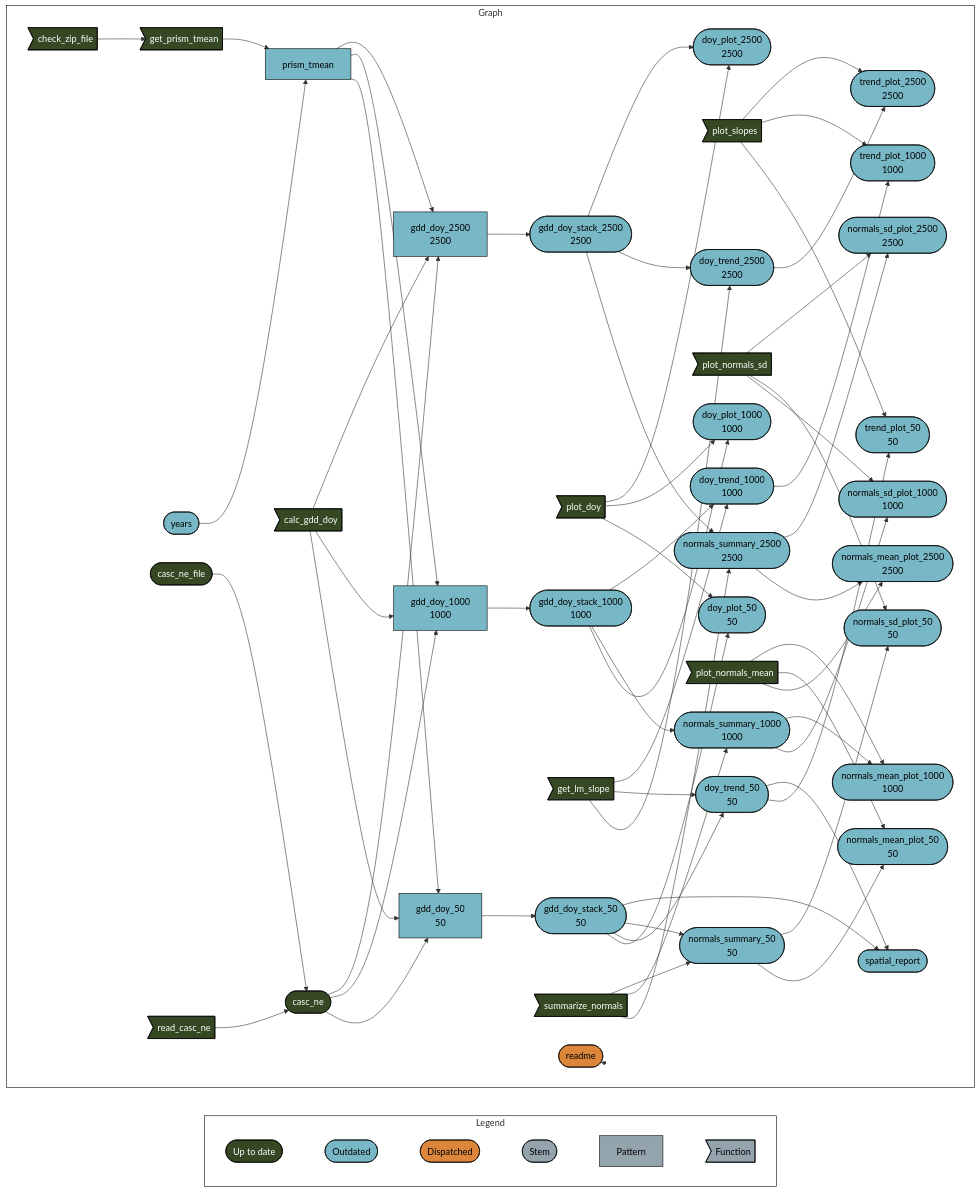
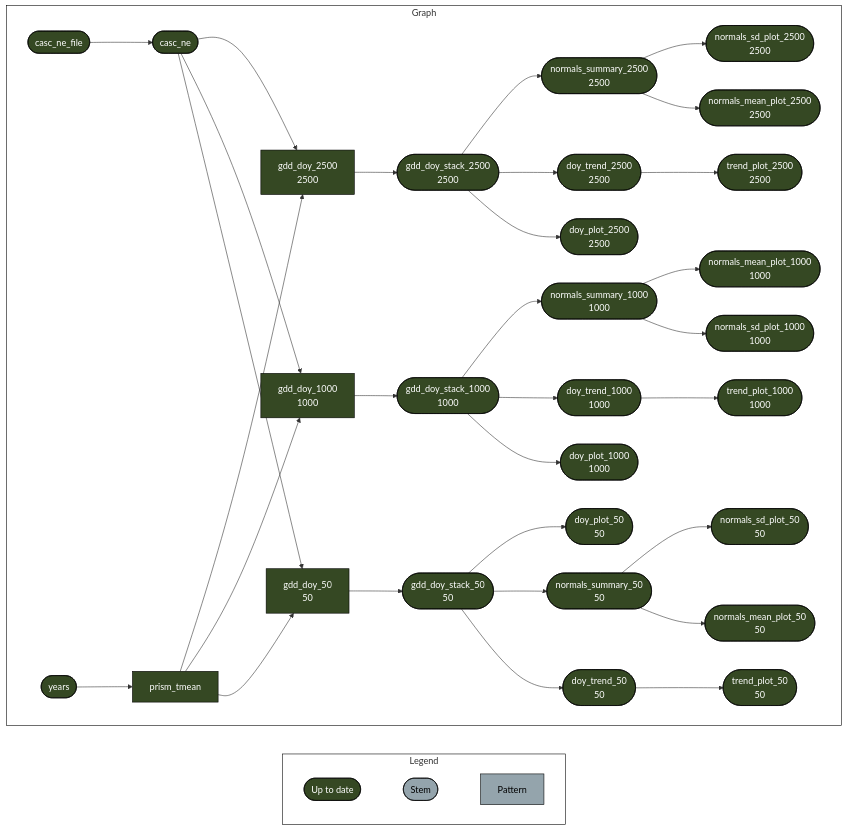
Before and after one commit to usa-npn/thermal-trends: the diagram in README.md, drawn with Mermaid. The commit also changed other lines of this file and 2 other files, not shown here.

Commit message:
update readme (closes #17)

````diff
--- a/README.md
+++ b/README.md
@@ -34,82 +48,46 @@
 ``` mermaid
 graph LR
   style Legend fill:#FFFFFF00,stroke:#000000;
   style Graph fill:#FFFFFF00,stroke:#000000;
   subgraph Legend
     direction LR
-    xf1522833a4d242c5([""Up to date""]):::uptodate --- x2db1ec7a48f65a9b([""Outdated""]):::outdated
-    x2db1ec7a48f65a9b([""Outdated""]):::outdated --- xb6630624a7b3aa0f([""Dispatched""]):::dispatched
-    xb6630624a7b3aa0f([""Dispatched""]):::dispatched --- xd03d7c7dd2ddda2b([""Stem""]):::none
+    xf1522833a4d242c5([""Up to date""]):::uptodate --- xd03d7c7dd2ddda2b([""Stem""]):::none
     xd03d7c7dd2ddda2b([""Stem""]):::none --- x6f7e04ea3427f824[""Pattern""]:::none
-    x6f7e04ea3427f824[""Pattern""]:::none --- xeb2d7cac8a1ce544>""Function""]:::none
   end
   subgraph Graph
     direction LR
-    xab9f05120e038f63>"check_zip_file"]:::uptodate --> x66b13d5a9d20761a>"get_prism_tmean"]:::uptodate
-    xe29a7570fd64b783(["doy_trend_2500<br>2500"]):::outdated --> x4a7371f634a1c6ee(["trend_plot_2500<br>2500"]):::outdated
-    x9c6eebcf51a630b0>"plot_slopes"]:::uptodate --> x4a7371f634a1c6ee(["trend_plot_2500<br>2500"]):::outdated
-    xfdc192d56cd8f9ef(["normals_summary_2500<br>2500"]):::outdated --> x387144ee5a388fce(["normals_sd_plot_2500<br>2500"]):::outdated
-    x7913874ff1a7ce23>"plot_normals_sd"]:::uptodate --> x387144ee5a388fce(["normals_sd_plot_2500<br>2500"]):::outdated
-    x66b13d5a9d20761a>"get_prism_tmean"]:::uptodate --> xf1e1014b1abe0030["prism_tmean"]:::outdated
-    xf9ac23fbc741da6f(["years"]):::outdated --> xf1e1014b1abe0030["prism_tmean"]:::outdated
-    x21326ed6e10cd0d0(["gdd_doy_stack_2500<br>2500"]):::outdated --> x07c639dff4c1c0c9(["doy_plot_2500<br>2500"]):::outdated
-    x2d2070bf4c44e867>"plot_doy"]:::uptodate --> x07c639dff4c1c0c9(["doy_plot_2500<br>2500"]):::outdated
-    xd87e155a2058b73d(["normals_summary_50<br>50"]):::outdated --> xd07aca72e6461b3b(["normals_sd_plot_50<br>50"]):::outdated
-    x7913874ff1a7ce23>"plot_normals_sd"]:::uptodate --> xd07aca72e6461b3b(["normals_sd_plot_50<br>50"]):::outdated
-    x46cc5bc3b6c68c1a(["gdd_doy_stack_1000<br>1000"]):::outdated --> x05f2370eca178222(["doy_trend_1000<br>1000"]):::outdated
-    x5d601d40e571c532>"get_lm_slope"]:::uptodate --> x05f2370eca178222(["doy_trend_1000<br>1000"]):::outdated
-    x28c62ae9542e7849["gdd_doy_2500<br>2500"]:::outdated --> x21326ed6e10cd0d0(["gdd_doy_stack_2500<br>2500"]):::outdated
-    x47d67438bee47c7b(["normals_summary_1000<br>1000"]):::outdated --> xd1093b48fdaa3b26(["normals_mean_plot_1000<br>1000"]):::outdated
-    xdd6e5783f4aa3d91>"plot_normals_mean"]:::uptodate --> xd1093b48fdaa3b26(["normals_mean_plot_1000<br>1000"]):::outdated
-    x08bdbd4f78dad638(["doy_trend_50<br>50"]):::outdated --> xe6f43699e6499b95(["spatial_report"]):::outdated
-    x0b494d9bc4b357f4(["gdd_doy_stack_50<br>50"]):::outdated --> xe6f43699e6499b95(["spatial_report"]):::outdated
-    xd87e155a2058b73d(["normals_summary_50<br>50"]):::outdated --> xb6b5b21811b62e8e(["normals_mean_plot_50<br>50"]):::outdated
-    xdd6e5783f4aa3d91>"plot_normals_mean"]:::uptodate --> xb6b5b21811b62e8e(["normals_mean_plot_50<br>50"]):::outdated
-    xcff06c9512a11109>"calc_gdd_doy"]:::uptodate --> x28c62ae9542e7849["gdd_doy_2500<br>2500"]:::outdated
-    x6976cced396df4c9(["casc_ne"]):::uptodate --> x28c62ae9542e7849["gdd_doy_2500<br>2500"]:::outdated
-    xf1e1014b1abe0030["prism_tmean"]:::outdated --> x28c62ae9542e7849["gdd_doy_2500<br>2500"]:::outdated
-    x0b494d9bc4b357f4(["gdd_doy_stack_50<br>50"]):::outdated --> xd87e155a2058b73d(["normals_summary_50<br>50"]):::outdated
-    xf91ccb269c3645a7>"summarize_normals"]:::uptodate --> xd87e155a2058b73d(["normals_summary_50<br>50"]):::outdated
+    xff529209e87def7b["gdd_doy_1000<br>1000"]:::uptodate --> x46cc5bc3b6c68c1a(["gdd_doy_stack_1000<br>1000"]):::uptodate
+    x47d67438bee47c7b(["normals_summary_1000<br>1000"]):::uptodate --> xd1093b48fdaa3b26(["normals_mean_plot_1000<br>1000"]):::uptodate
+    x21326ed6e10cd0d0(["gdd_doy_stack_2500<br>2500"]):::uptodate --> xfdc192d56cd8f9ef(["normals_summary_2500<br>2500"]):::uptodate
+    x21326ed6e10cd0d0(["gdd_doy_stack_2500<br>2500"]):::uptodate --> xe29a7570fd64b783(["doy_trend_2500<br>2500"]):::uptodate
+    x21326ed6e10cd0d0(["gdd_doy_stack_2500<br>2500"]):::uptodate --> x07c639dff4c1c0c9(["doy_plot_2500<br>2500"]):::uptodate
+    x6976cced396df4c9(["casc_ne"]):::uptodate --> x28c62ae9542e7849["gdd_doy_2500<br>2500"]:::uptodate
+    xf1e1014b1abe0030["prism_tmean"]:::uptodate --> x28c62ae9542e7849["gdd_doy_2500<br>2500"]:::uptodate
     xb106621904434716(["casc_ne_file"]):::uptodate --> x6976cced396df4c9(["casc_ne"]):::uptodate
-    x78206bf5e8c258ec>"read_casc_ne"]:::uptodate --> x6976cced396df4c9(["casc_ne"]):::uptodate
-    x0b494d9bc4b357f4(["gdd_doy_stack_50<br>50"]):::outdated --> x08bdbd4f78dad638(["doy_trend_50<br>50"]):::outdated
-    x5d601d40e571c532>"get_lm_slope"]:::uptodate --> x08bdbd4f78dad638(["doy_trend_50<br>50"]):::outdated
-    xff529209e87def7b["gdd_doy_1000<br>1000"]:::outdated --> x46cc5bc3b6c68c1a(["gdd_doy_stack_1000<br>1000"]):::outdated
-    x21326ed6e10cd0d0(["gdd_doy_stack_2500<br>2500"]):::outdated --> xe29a7570fd64b783(["doy_trend_2500<br>2500"]):::outdated
-    x5d601d40e571c532>"get_lm_slope"]:::uptodate --> xe29a7570fd64b783(["doy_trend_2500<br>2500"]):::outdated
-    x46cc5bc3b6c68c1a(["gdd_doy_stack_1000<br>1000"]):::outdated --> x47d67438bee47c7b(["normals_summary_1000<br>1000"]):::outdated
-    xf91ccb269c3645a7>"summarize_normals"]:::uptodate --> x47d67438bee47c7b(["normals_summary_1000<br>1000"]):::outdated
-    xfdc192d56cd8f9ef(["normals_summary_2500<br>2500"]):::outdated --> xa1c9e5079d21856f(["normals_mean_plot_2500<br>2500"]):::outdated
-    xdd6e5783f4aa3d91>"plot_normals_mean"]:::uptodate --> xa1c9e5079d21856f(["normals_mean_plot_2500<br>2500"]):::outdated
-    xcff06c9512a11109>"calc_gdd_doy"]:::uptodate --> xff529209e87def7b["gdd_doy_1000<br>1000"]:::outdated
-    x6976cced396df4c9(["casc_ne"]):::uptodate --> xff529209e87def7b["gdd_doy_1000<br>1000"]:::outdated
-    xf1e1014b1abe0030["prism_tmean"]:::outdated --> xff529209e87def7b["gdd_doy_1000<br>1000"]:::outdated
-    xcff06c9512a11109>"calc_gdd_doy"]:::uptodate --> x786a1a0a06ddc553["gdd_doy_50<br>50"]:::outdated
-    x6976cced396df4c9(["casc_ne"]):::uptodate --> x786a1a0a06ddc553["gdd_doy_50<br>50"]:::outdated
-    xf1e1014b1abe0030["prism_tmean"]:::outdated --> x786a1a0a06ddc553["gdd_doy_50<br>50"]:::outdated
-    x05f2370eca178222(["doy_trend_1000<br>1000"]):::outdated --> x31a3593b535e23c4(["trend_plot_1000<br>1000"]):::outdated
-    x9c6eebcf51a630b0>"plot_slopes"]:::uptodate --> x31a3593b535e23c4(["trend_plot_1000<br>1000"]):::outdated
-    x47d67438bee47c7b(["normals_summary_1000<br>1000"]):::outdated --> x042637b768dd479e(["normals_sd_plot_1000<br>1000"]):::outdated
-    x7913874ff1a7ce23>"plot_normals_sd"]:::uptodate --> x042637b768dd479e(["normals_sd_plot_1000<br>1000"]):::outdated
-    x46cc5bc3b6c68c1a(["gdd_doy_stack_1000<br>1000"]):::outdated --> x2c8ecb326142bdff(["doy_plot_1000<br>1000"]):::outdated
-    x2d2070bf4c44e867>"plot_doy"]:::uptodate --> x2c8ecb326142bdff(["doy_plot_1000<br>1000"]):::outdated
-    x08bdbd4f78dad638(["doy_trend_50<br>50"]):::outdated --> x5a26c52d2d28f1dc(["trend_plot_50<br>50"]):::outdated
-    x9c6eebcf51a630b0>"plot_slopes"]:::uptodate --> x5a26c52d2d28f1dc(["trend_plot_50<br>50"]):::outdated
-    x0b494d9bc4b357f4(["gdd_doy_stack_50<br>50"]):::outdated --> x233d6af147d6e9d1(["doy_plot_50<br>50"]):::outdated
-    x2d2070bf4c44e867>"plot_doy"]:::uptodate --> x233d6af147d6e9d1(["doy_plot_50<br>50"]):::outdated
-    x21326ed6e10cd0d0(["gdd_doy_stack_2500<br>2500"]):::outdated --> xfdc192d56cd8f9ef(["normals_summary_2500<br>2500"]):::outdated
-    xf91ccb269c3645a7>"summarize_normals"]:::uptodate --> xfdc192d56cd8f9ef(["normals_summary_2500<br>2500"]):::outdated
-    x786a1a0a06ddc553["gdd_doy_50<br>50"]:::outdated --> x0b494d9bc4b357f4(["gdd_doy_stack_50<br>50"]):::outdated
-    xc11069275cfeb620(["readme"]):::dispatched --> xc11069275cfeb620(["readme"]):::dispatched
+    x05f2370eca178222(["doy_trend_1000<br>1000"]):::uptodate --> x31a3593b535e23c4(["trend_plot_1000<br>1000"]):::uptodate
+    xd87e155a2058b73d(["normals_summary_50<br>50"]):::uptodate --> xd07aca72e6461b3b(["normals_sd_plot_50<br>50"]):::uptodate
+    x08bdbd4f78dad638(["doy_trend_50<br>50"]):::uptodate --> x5a26c52d2d28f1dc(["trend_plot_50<br>50"]):::uptodate
+    xd87e155a2058b73d(["normals_summary_50<br>50"]):::uptodate --> xb6b5b21811b62e8e(["normals_mean_plot_50<br>50"]):::uptodate
+    x0b494d9bc4b357f4(["gdd_doy_stack_50<br>50"]):::uptodate --> x233d6af147d6e9d1(["doy_plot_50<br>50"]):::uptodate
+    x0b494d9bc4b357f4(["gdd_doy_stack_50<br>50"]):::uptodate --> xd87e155a2058b73d(["normals_summary_50<br>50"]):::uptodate
+    x46cc5bc3b6c68c1a(["gdd_doy_stack_1000<br>1000"]):::uptodate --> x47d67438bee47c7b(["normals_summary_1000<br>1000"]):::uptodate
+    x46cc5bc3b6c68c1a(["gdd_doy_stack_1000<br>1000"]):::uptodate --> x05f2370eca178222(["doy_trend_1000<br>1000"]):::uptodate
+    x46cc5bc3b6c68c1a(["gdd_doy_stack_1000<br>1000"]):::uptodate --> x2c8ecb326142bdff(["doy_plot_1000<br>1000"]):::uptodate
+    xfdc192d56cd8f9ef(["normals_summary_2500<br>2500"]):::uptodate --> x387144ee5a388fce(["normals_sd_plot_2500<br>2500"]):::uptodate
+    x28c62ae9542e7849["gdd_doy_2500<br>2500"]:::uptodate --> x21326ed6e10cd0d0(["gdd_doy_stack_2500<br>2500"]):::uptodate
+    x786a1a0a06ddc553["gdd_doy_50<br>50"]:::uptodate --> x0b494d9bc4b357f4(["gdd_doy_stack_50<br>50"]):::uptodate
+    xfdc192d56cd8f9ef(["normals_summary_2500<br>2500"]):::uptodate --> xa1c9e5079d21856f(["normals_mean_plot_2500<br>2500"]):::uptodate
+    xf9ac23fbc741da6f(["years"]):::uptodate --> xf1e1014b1abe0030["prism_tmean"]:::uptodate
+    x6976cced396df4c9(["casc_ne"]):::uptodate --> xff529209e87def7b["gdd_doy_1000<br>1000"]:::uptodate
+    xf1e1014b1abe0030["prism_tmean"]:::uptodate --> xff529209e87def7b["gdd_doy_1000<br>1000"]:::uptodate
+    x47d67438bee47c7b(["normals_summary_1000<br>1000"]):::uptodate --> x042637b768dd479e(["normals_sd_plot_1000<br>1000"]):::uptodate
+    x0b494d9bc4b357f4(["gdd_doy_stack_50<br>50"]):::uptodate --> x08bdbd4f78dad638(["doy_trend_50<br>50"]):::uptodate
+    xe29a7570fd64b783(["doy_trend_2500<br>2500"]):::uptodate --> x4a7371f634a1c6ee(["trend_plot_2500<br>2500"]):::uptodate
+    x6976cced396df4c9(["casc_ne"]):::uptodate --> x786a1a0a06ddc553["gdd_doy_50<br>50"]:::uptodate
+    xf1e1014b1abe0030["prism_tmean"]:::uptodate --> x786a1a0a06ddc553["gdd_doy_50<br>50"]:::uptodate
   end
   classDef uptodate stroke:#000000,color:#ffffff,fill:#354823;
-  classDef outdated stroke:#000000,color:#000000,fill:#78B7C5;
-  classDef dispatched stroke:#000000,color:#000000,fill:#DC863B;
   classDef none stroke:#000000,color:#000000,fill:#94a4ac;
   linkStyle 0 stroke-width:0px;
   linkStyle 1 stroke-width:0px;
-  linkStyle 2 stroke-width:0px;
-  linkStyle 3 stroke-width:0px;
-  linkStyle 4 stroke-width:0px;
-  linkStyle 60 stroke-width:0px;
 ```
````
